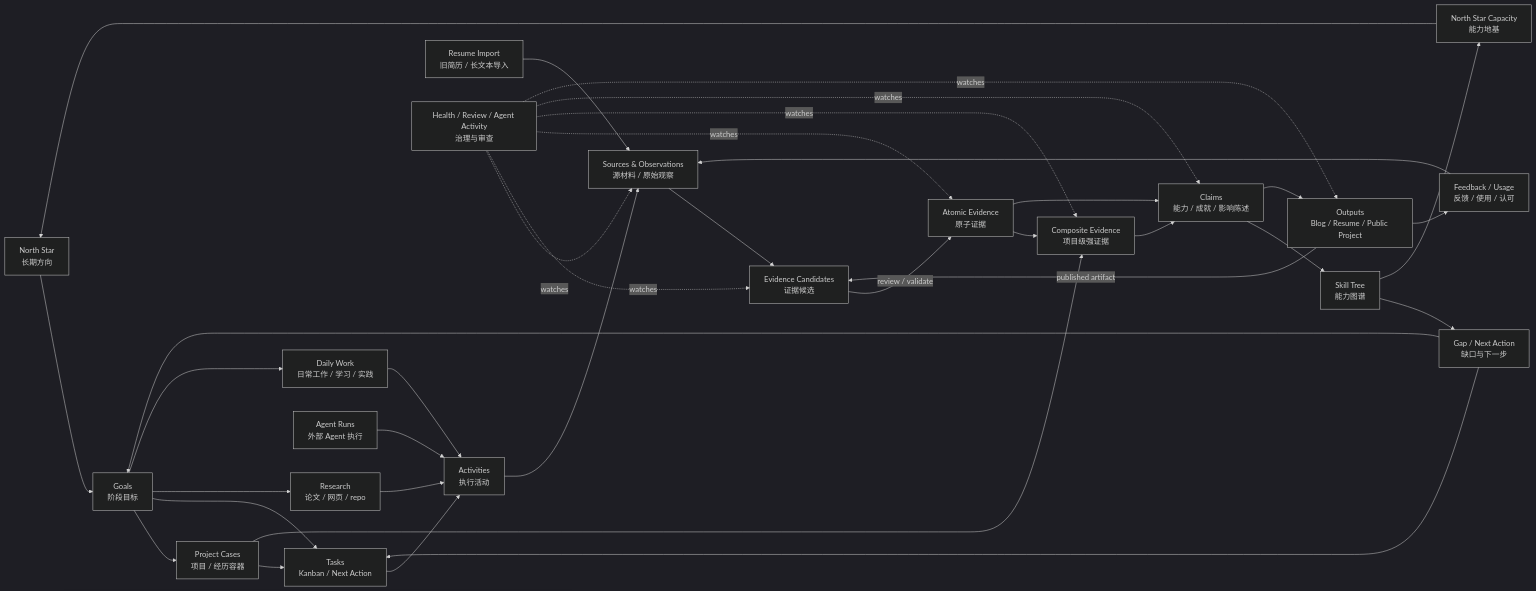
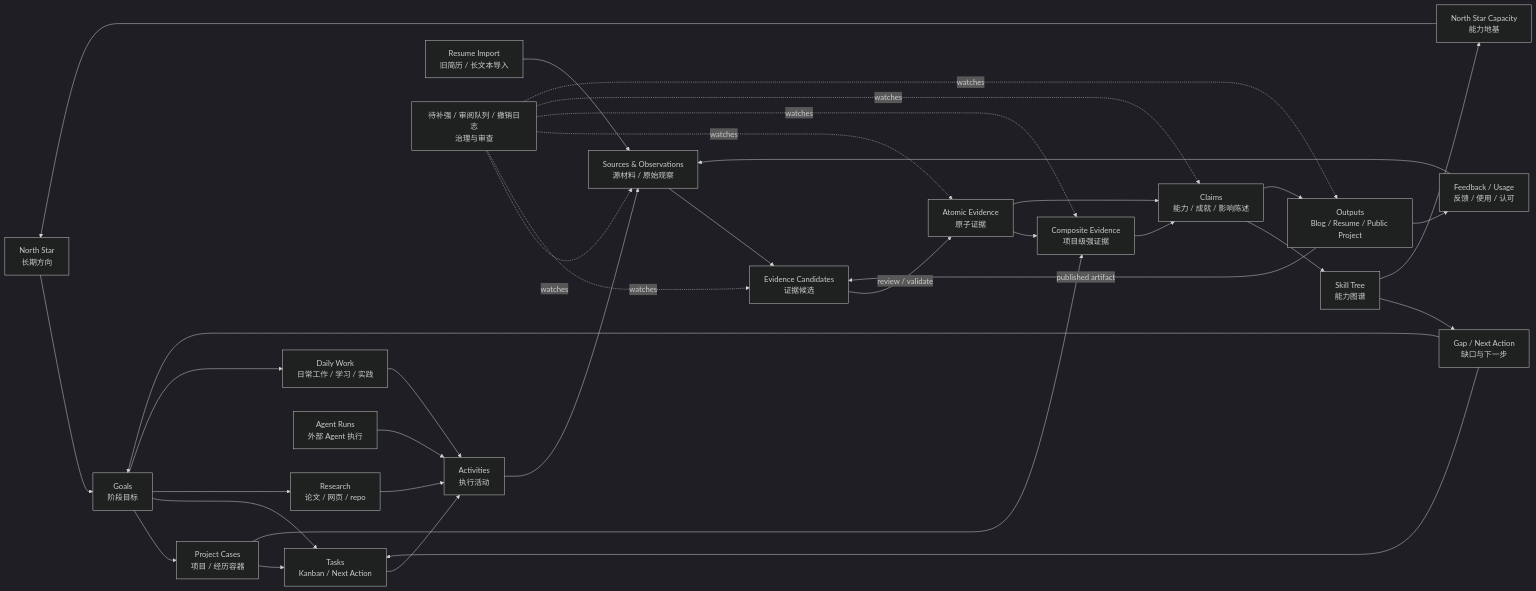
Before and after one commit to Marsjunwang/nblane: the diagram in docs/zh/product/growth-graph.md, drawn with Mermaid (dark theme). The commit also changed other lines of this file and 74 other files, not shown here.

````diff
--- a/docs/zh/product/growth-graph.md
+++ b/docs/zh/product/growth-graph.md
@@ -65,45 +65,45 @@
 ```mermaid
 flowchart LR
   NS[North Star\n长期方向] --> G[Goals\n阶段目标]
   G --> PC[Project Cases\n项目 / 经历容器]
   G --> T[Tasks\nKanban / Next Action]
   G --> R[Research\n论文 / 网页 / repo]
   G --> D[Daily Work\n日常工作 / 学习 / 实践]
 
   PC --> T
   T --> A[Activities\n执行活动]
   D --> A
   R --> A
   AR[Agent Runs\n外部 Agent 执行] --> A
 
   A --> S[Sources & Observations\n源材料 / 原始观察]
   RI[Resume Import\n旧简历 / 长文本导入] --> S
   FB[Feedback / Usage\n反馈 / 使用 / 认可] --> S
 
   S --> EC[Evidence Candidates\n证据候选]
   EC -->|review / validate| AE[Atomic Evidence\n原子证据]
 
   AE --> CE[Composite Evidence\n项目级强证据]
   PC --> CE
   CE --> C[Claims\n能力 / 成就 / 影响陈述]
   AE --> C
 
   C --> ST[Skill Tree\n能力图谱]
   C --> O[Outputs\nBlog / Resume / Public Project]
   ST --> GAP[Gap / Next Action\n缺口与下一步]
   GAP --> T
   GAP --> G
 
   O --> FB
   O -->|published artifact| EC
 
   ST --> CAP[North Star Capacity\n能力地基]
   CAP --> NS
 
-  H[Health / Review / Agent Activity\n治理与审查] -. watches .-> S
+  H[待补强 / 审阅队列 / 撤销日志\n治理与审查] -. watches .-> S
   H -. watches .-> EC
   H -. watches .-> AE
   H -. watches .-> CE
   H -. watches .-> C
   H -. watches .-> O
 ```
````
